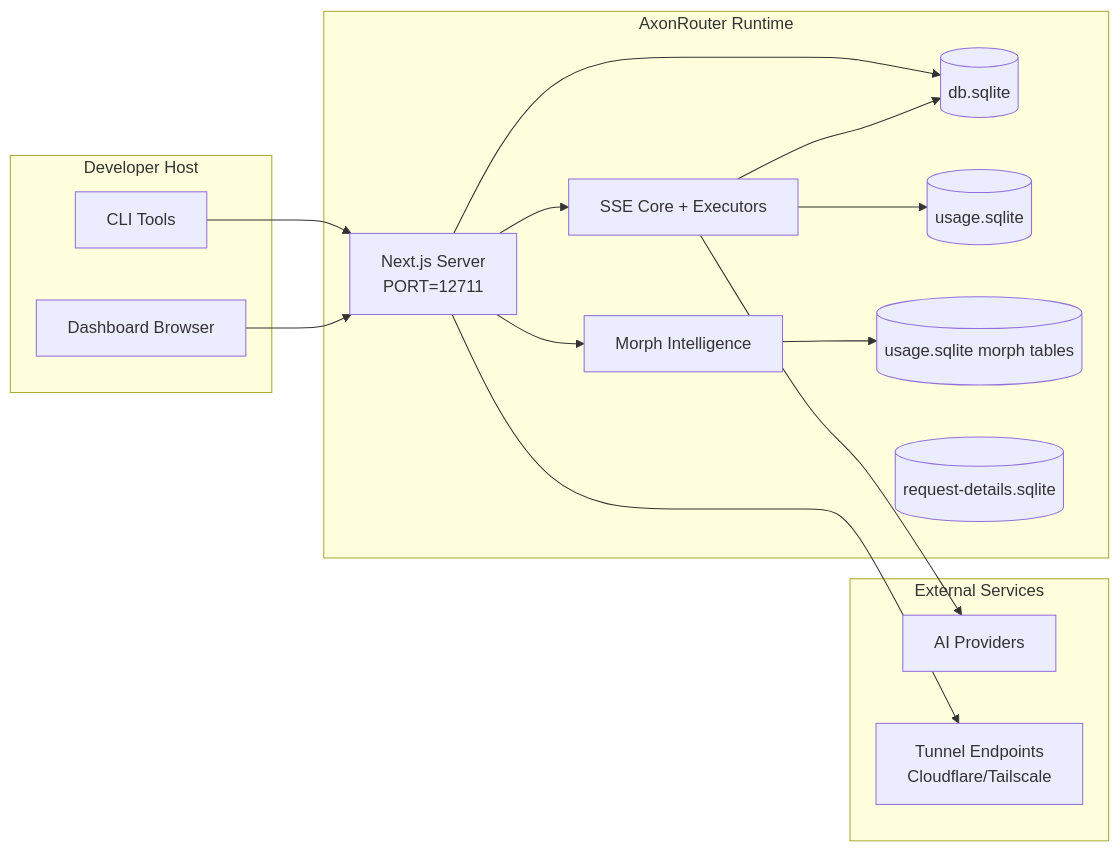
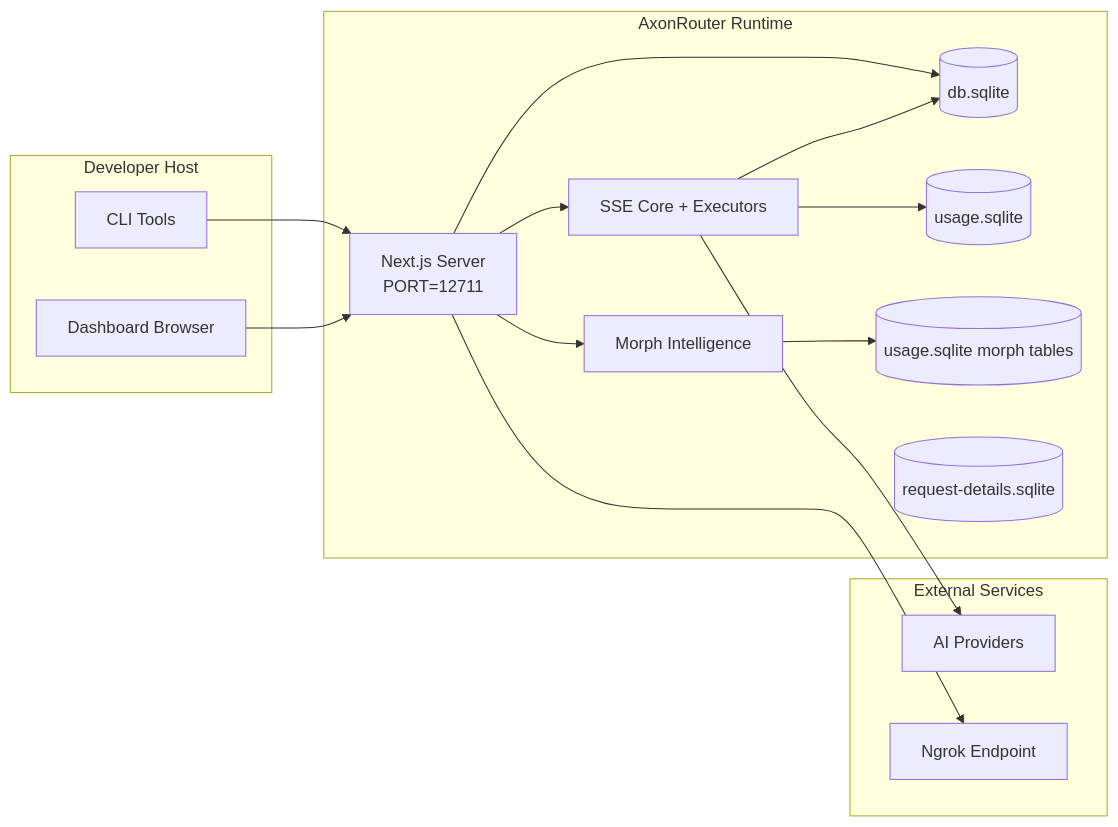
Before and after one commit to rickicode/AxonRouter: the sixth of 8 diagrams in docs/ARCHITECTURE.md, drawn with Mermaid. The commit also changed other lines of this file and 159 other files, not shown here.

````diff
--- a/docs/ARCHITECTURE.md
+++ b/docs/ARCHITECTURE.md
@@ -468,33 +466,33 @@
 ```mermaid
 flowchart LR
     subgraph LocalHost[Developer Host]
         CLI[CLI Tools]
         Browser[Dashboard Browser]
     end
 
     subgraph ContainerOrProcess[AxonRouter Runtime]
         Next[Next.js Server\nPORT=12711]
         Core[SSE Core + Executors]
         Morph[Morph Intelligence]
         MainDB[(db.sqlite)]
         UsageDB[(usage.sqlite)]
         MorphDB[(usage.sqlite morph tables)]
         ReqDB[(request-details.sqlite)]
     end
 
     subgraph External[External Services]
         Providers[AI Providers]
-        Tunnel[Tunnel Endpoints\nCloudflare/Tailscale]
+        Tunnel[Ngrok Endpoint]
     end
 
     CLI --> Next
     Browser --> Next
     Next --> Core
     Next --> Morph
     Next --> MainDB
     Core --> MainDB
     Core --> UsageDB
     Core --> Providers
     Morph --> MorphDB
     Next --> Tunnel
 ```
````
